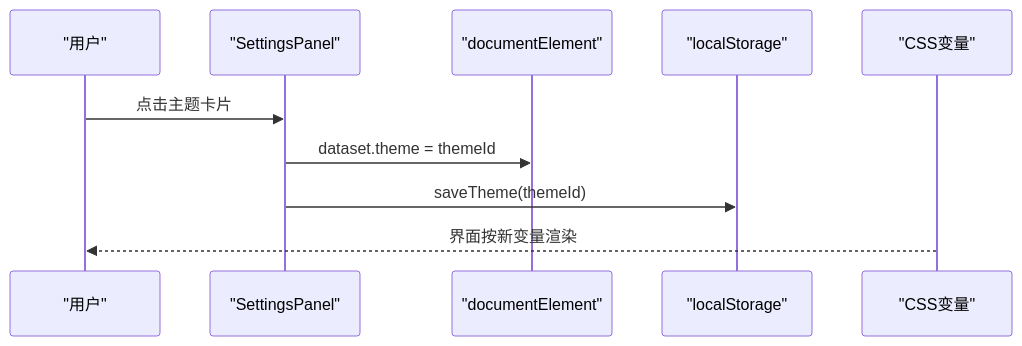
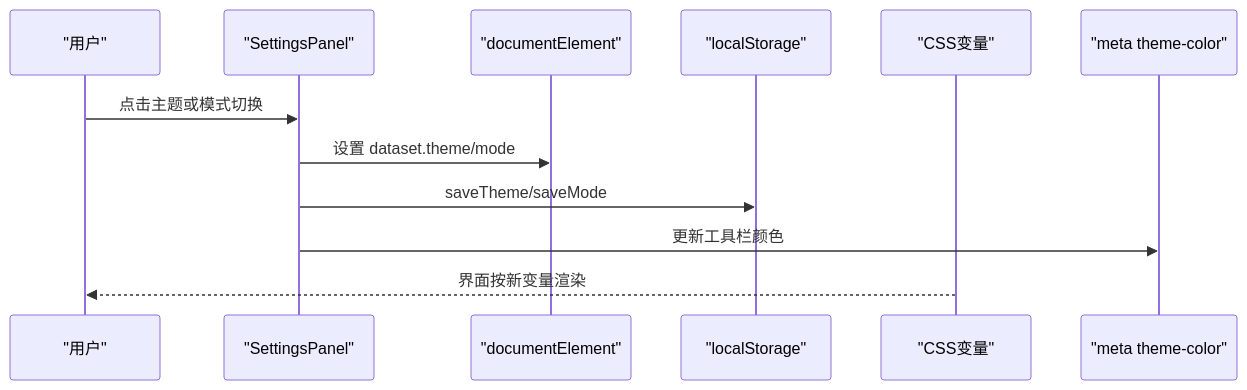
Before and after one commit to billye220670/AIShop: the fifth of 5 diagrams in .qoder/repowiki/zh/content/配置管理/主题配置系统.md, drawn with Mermaid. The commit also changed other lines of this file and 44 other files, not shown here.

````diff
--- a/.qoder/repowiki/zh/content/配置管理/主题配置系统.md
+++ b/.qoder/repowiki/zh/content/配置管理/主题配置系统.md
@@ -272,12 +343,14 @@
 ```mermaid
 sequenceDiagram
 participant User as "用户"
 participant Panel as "SettingsPanel"
 participant DOM as "documentElement"
 participant Store as "localStorage"
 participant CSS as "CSS变量"
-User->>Panel : 点击主题卡片
-Panel->>DOM : dataset.theme = themeId
-Panel->>Store : saveTheme(themeId)
+participant Meta as "meta theme-color"
+User->>Panel : 点击主题或模式切换
+Panel->>DOM : 设置 dataset.theme/mode
+Panel->>Store : saveTheme/saveMode
+Panel->>Meta : 更新工具栏颜色
 CSS-->>User : 界面按新变量渲染
 ```
````
